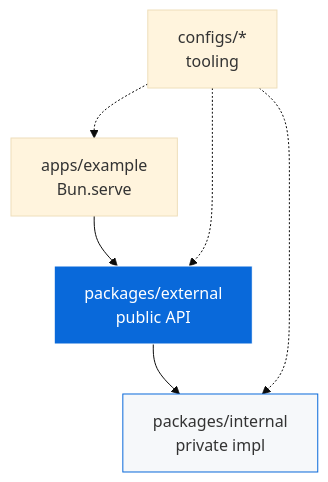
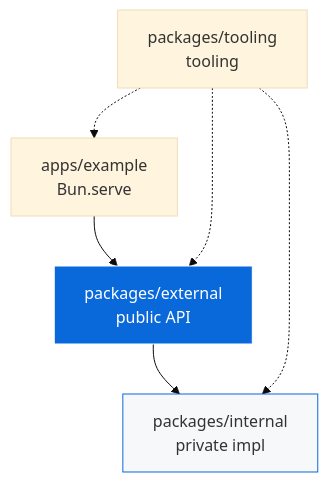
Before and after one commit to Archont561/ts-monorepo-template: the diagram in README.md, drawn with Mermaid (base theme). The commit also changed other lines of this file and 299 other files, not shown here.

````diff
--- a/README.md
+++ b/README.md
@@ -107,11 +107,11 @@
 ```mermaid
 graph TD
     A[apps/example<br/>Bun.serve] --> B[packages/external<br/>public API]
     B --> C[packages/internal<br/>private impl]
-    D[configs/*<br/>tooling] -.-> B
+    D[packages/tooling<br/>tooling] -.-> B
     D -.-> C
     D -.-> A
 
     style B fill:#0969DA,stroke:#fff,color:#fff
     style C fill:#f6f8fa,stroke:#0969DA
 ```
````
